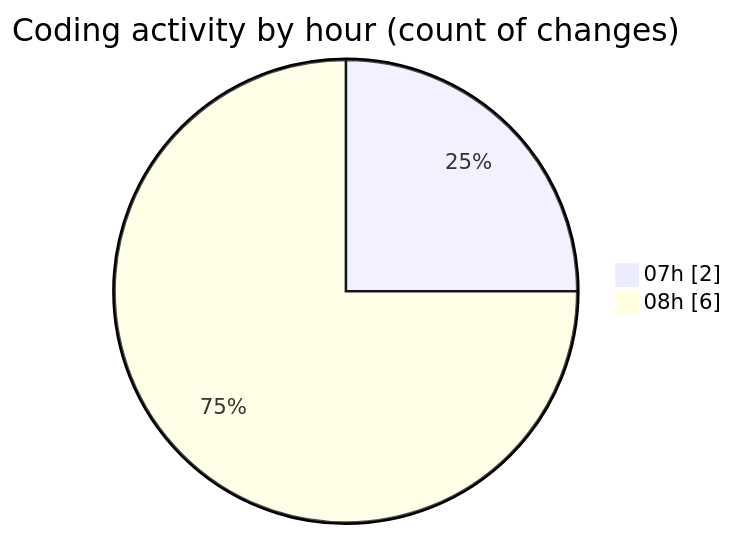
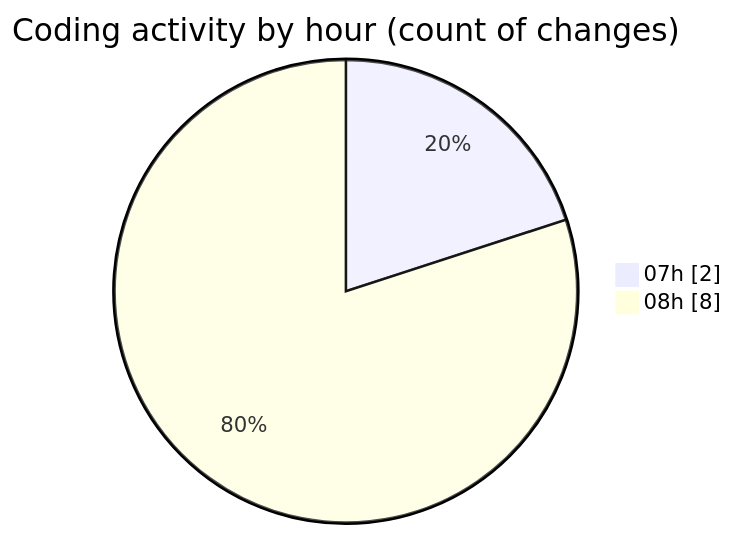
The second of 2 diagrams in 2026-08-28/oficina/README.md (LanceThiago/code-tracking), drawn with Mermaid before and after one commit. The commit also changed other lines of this file and 1 other file, not shown here.

````diff
--- a/2026-08-28/oficina/README.md
+++ b/2026-08-28/oficina/README.md
@@ -28,6 +28,6 @@
 ```mermaid
 pie showData
 title Coding activity by hour (count of changes)
 "07h" : 2
-"08h" : 6
+"08h" : 8
 ```
````
